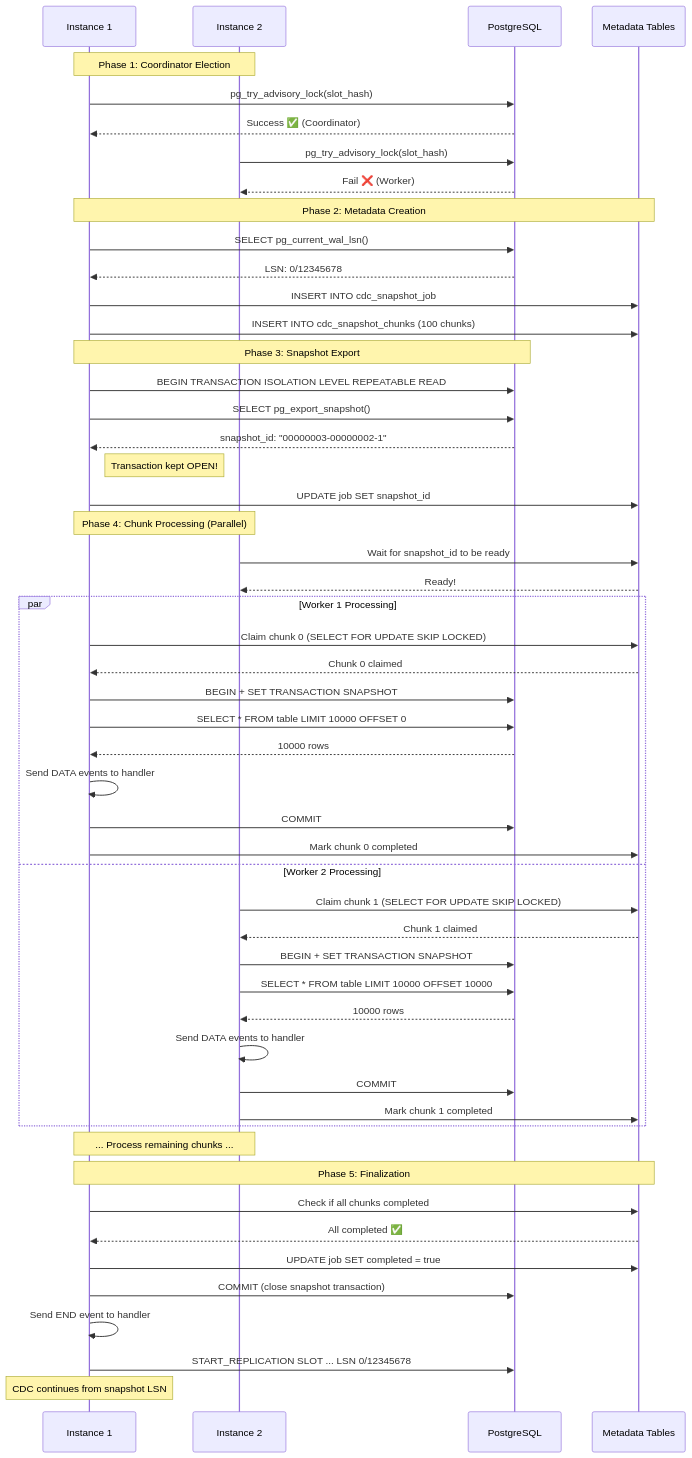
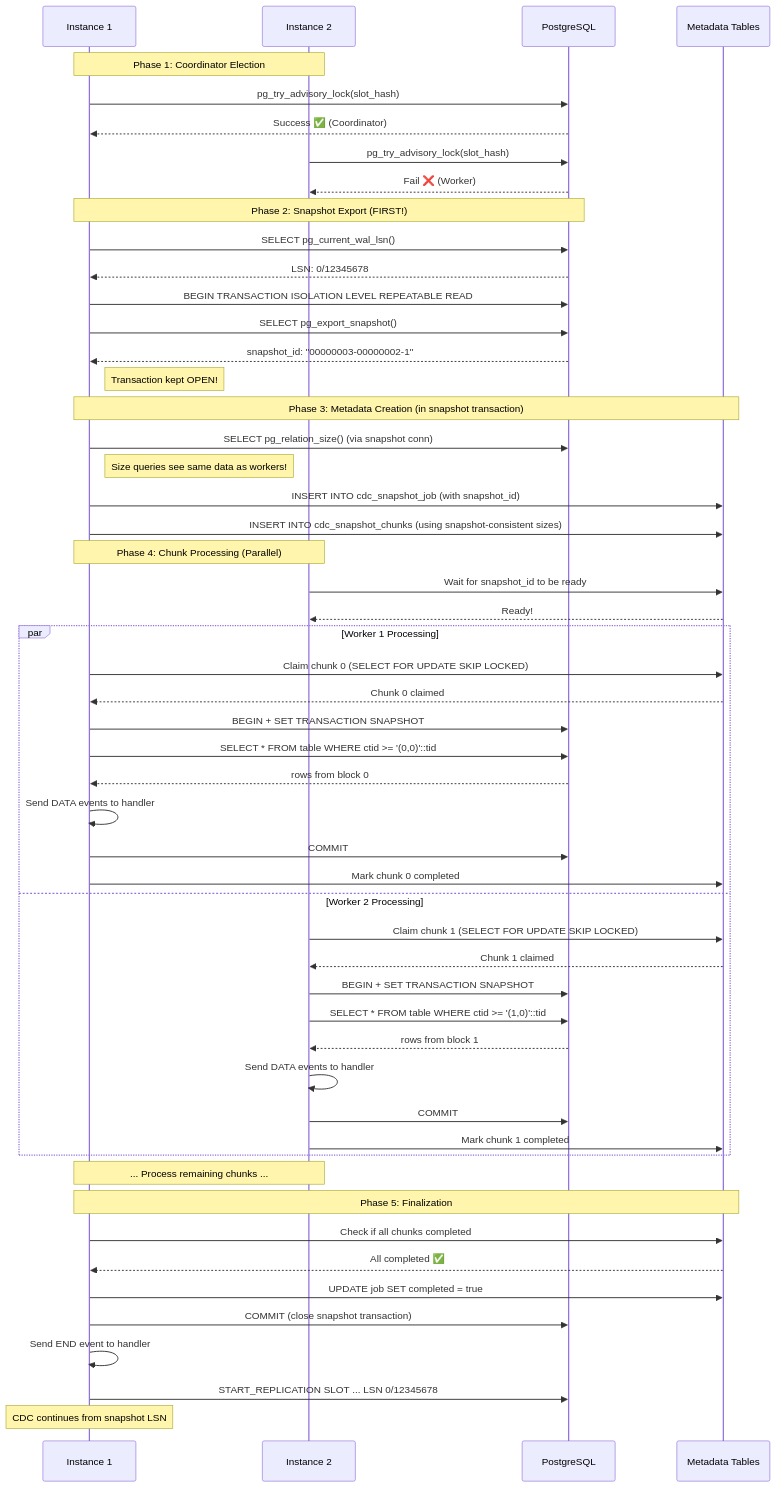
One commit to Trendyol/go-pq-cdc changed the diagram in docs/SNAPSHOT_FEATURE.md. Above: the diagram before and after it, drawn with Mermaid. The commit also changed other lines of this file and 1 other file, not shown here.

````diff
--- a/docs/SNAPSHOT_FEATURE.md
+++ b/docs/SNAPSHOT_FEATURE.md
@@ -210,61 +213,62 @@
 ```mermaid
 sequenceDiagram
     participant I1 as Instance 1
     participant I2 as Instance 2
     participant DB as PostgreSQL
     participant Meta as Metadata Tables
     
     Note over I1,I2: Phase 1: Coordinator Election
     I1->>DB: pg_try_advisory_lock(slot_hash)
     DB-->>I1: Success ✅ (Coordinator)
     I2->>DB: pg_try_advisory_lock(slot_hash)
     DB-->>I2: Fail ❌ (Worker)
     
-    Note over I1,Meta: Phase 2: Metadata Creation
+    Note over I1,DB: Phase 2: Snapshot Export (FIRST!)
     I1->>DB: SELECT pg_current_wal_lsn()
     DB-->>I1: LSN: 0/12345678
-    I1->>Meta: INSERT INTO cdc_snapshot_job
-    I1->>Meta: INSERT INTO cdc_snapshot_chunks (100 chunks)
-    
-    Note over I1,DB: Phase 3: Snapshot Export
     I1->>DB: BEGIN TRANSACTION ISOLATION LEVEL REPEATABLE READ
     I1->>DB: SELECT pg_export_snapshot()
     DB-->>I1: snapshot_id: "00000003-00000002-1"
     Note right of I1: Transaction kept OPEN!
-    I1->>Meta: UPDATE job SET snapshot_id
+    
+    Note over I1,Meta: Phase 3: Metadata Creation (in snapshot transaction)
+    I1->>DB: SELECT pg_relation_size() (via snapshot conn)
+    Note right of I1: Size queries see same data as workers!
+    I1->>Meta: INSERT INTO cdc_snapshot_job (with snapshot_id)
+    I1->>Meta: INSERT INTO cdc_snapshot_chunks (using snapshot-consistent sizes)
     
     Note over I1,I2: Phase 4: Chunk Processing (Parallel)
     I2->>Meta: Wait for snapshot_id to be ready
     Meta-->>I2: Ready!
     
     par Worker 1 Processing
         I1->>Meta: Claim chunk 0 (SELECT FOR UPDATE SKIP LOCKED)
         Meta-->>I1: Chunk 0 claimed
         I1->>DB: BEGIN + SET TRANSACTION SNAPSHOT
-        I1->>DB: SELECT * FROM table LIMIT 10000 OFFSET 0
-        DB-->>I1: 10000 rows
+        I1->>DB: SELECT * FROM table WHERE ctid >= '(0,0)'::tid
+        DB-->>I1: rows from block 0
         I1->>I1: Send DATA events to handler
         I1->>DB: COMMIT
         I1->>Meta: Mark chunk 0 completed
     and Worker 2 Processing
         I2->>Meta: Claim chunk 1 (SELECT FOR UPDATE SKIP LOCKED)
         Meta-->>I2: Chunk 1 claimed
         I2->>DB: BEGIN + SET TRANSACTION SNAPSHOT
-        I2->>DB: SELECT * FROM table LIMIT 10000 OFFSET 10000
-        DB-->>I2: 10000 rows
+        I2->>DB: SELECT * FROM table WHERE ctid >= '(1,0)'::tid
+        DB-->>I2: rows from block 1
         I2->>I2: Send DATA events to handler
         I2->>DB: COMMIT
         I2->>Meta: Mark chunk 1 completed
     end
     
     Note over I1,I2: ... Process remaining chunks ...
     
     Note over I1,Meta: Phase 5: Finalization
     I1->>Meta: Check if all chunks completed
     Meta-->>I1: All completed ✅
     I1->>Meta: UPDATE job SET completed = true
     I1->>DB: COMMIT (close snapshot transaction)
     I1->>I1: Send END event to handler
     I1->>DB: START_REPLICATION SLOT ... LSN 0/12345678
     Note over I1: CDC continues from snapshot LSN
 ```
````
